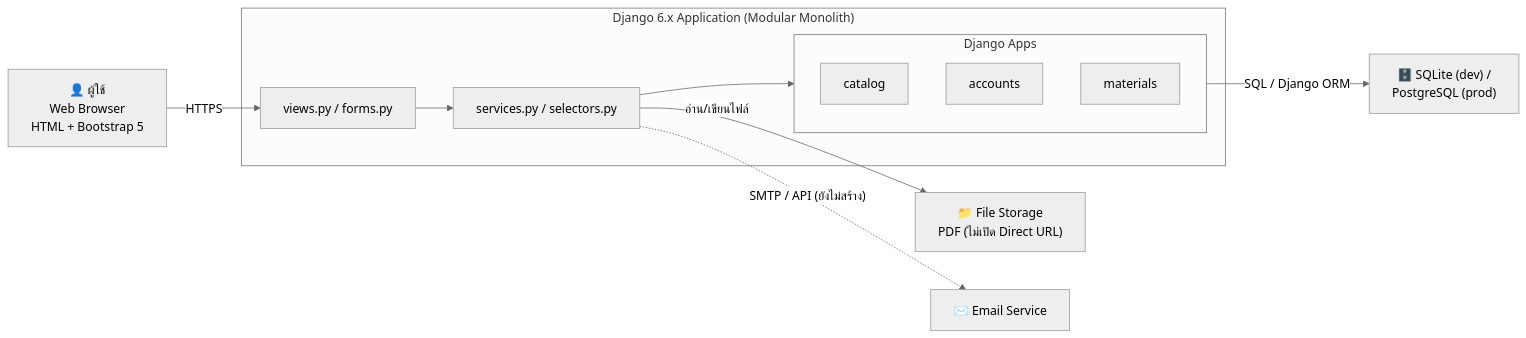
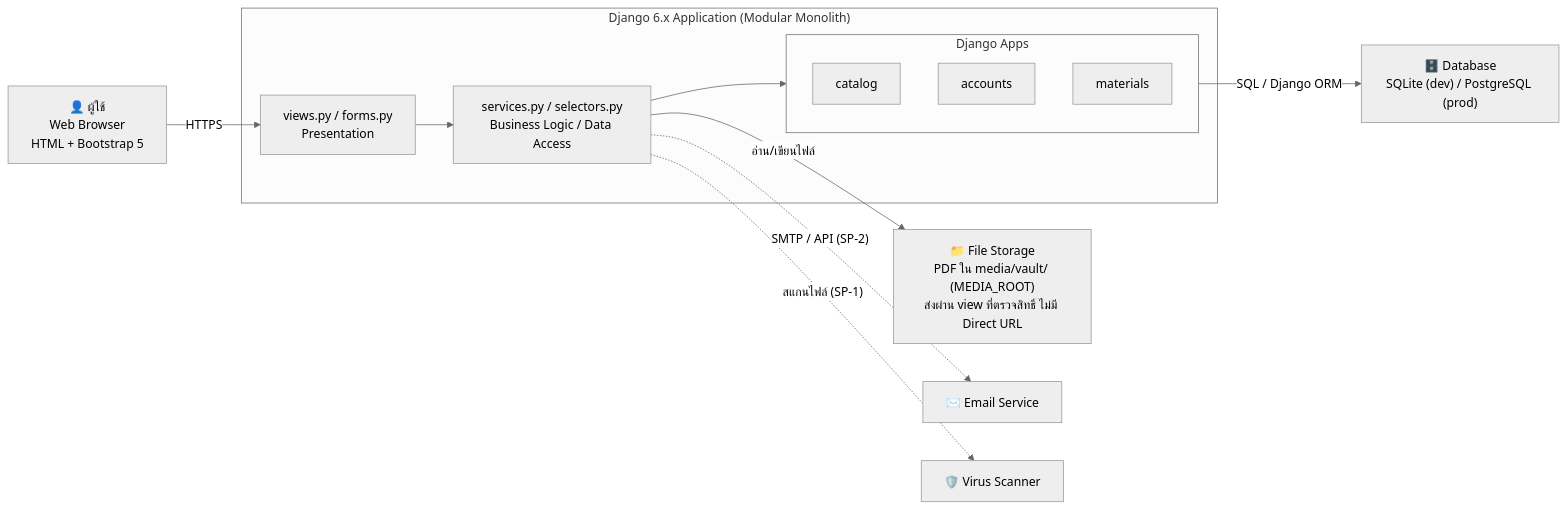
The second of 4 diagrams in README.md (Jupiter4428/cntagram), drawn with Mermaid (neutral theme) before and after one commit. The commit also changed other lines of this file and 10 other files, not shown here.

````diff
--- a/README.md
+++ b/README.md
@@ -35,23 +67,25 @@
 ```mermaid
 flowchart LR
     U["👤 ผู้ใช้<br/>Web Browser<br/>HTML + Bootstrap 5"]
     subgraph APP["Django 6.x Application (Modular Monolith)"]
-        V["views.py / forms.py"]
-        SV["services.py / selectors.py"]
+        V["views.py / forms.py<br/>Presentation"]
+        SV["services.py / selectors.py<br/>Business Logic / Data Access"]
         V --> SV
         subgraph APPS["Django Apps"]
             CAT["catalog"]
             ACC["accounts"]
             MAT["materials"]
         end
         SV --> APPS
     end
-    DB["🗄️ SQLite (dev) /<br/>PostgreSQL (prod)"]
-    FS["📁 File Storage<br/>PDF (ไม่เปิด Direct URL)"]
+    DB["🗄️ Database<br/>SQLite (dev) / PostgreSQL (prod)"]
+    FS["📁 File Storage<br/>PDF ใน media/vault/ (MEDIA_ROOT)<br/>ส่งผ่าน view ที่ตรวจสิทธิ์ ไม่มี Direct URL"]
     MAIL["✉️ Email Service"]
+    AV["🛡️ Virus Scanner"]
 
     U -- "HTTPS" --> V
     APPS -- "SQL / Django ORM" --> DB
     SV -- "อ่าน/เขียนไฟล์" --> FS
-    SV -. "SMTP / API (ยังไม่สร้าง)" .-> MAIL
+    SV -. "SMTP / API (SP-2)" .-> MAIL
+    SV -. "สแกนไฟล์ (SP-1)" .-> AV
 ```
````
